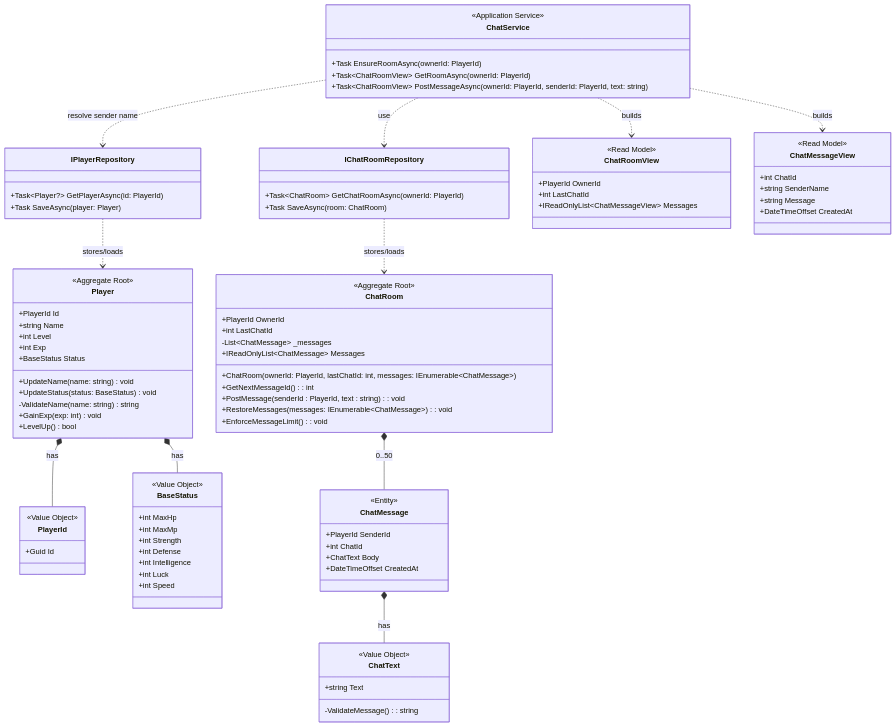
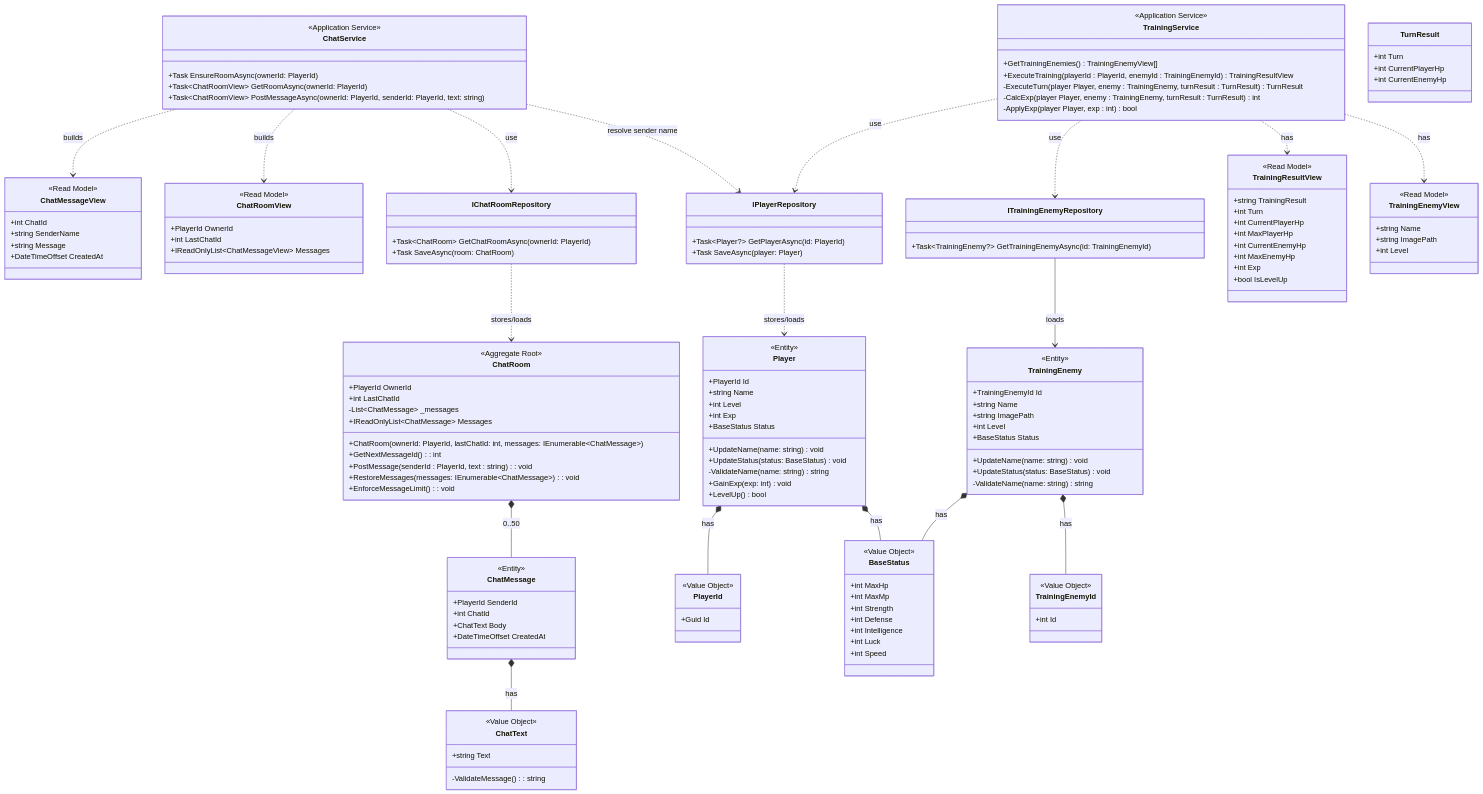
The diagram in docs/MMD01_ドメインモデル.mmd (ayumu203/nisekue), drawn with Mermaid before and after one commit. The commit also changed 1 other file, not shown here.

```diff
--- a/docs/MMD01_ドメインモデル.mmd
+++ b/docs/MMD01_ドメインモデル.mmd
@@ -1,104 +1,173 @@
 classDiagram
     %% Player の基本情報
     class Player {
-        <<Aggregate Root>>
+        <<Entity>>
         +PlayerId Id
         +string Name
         +int Level
         +int Exp
         +BaseStatus Status
         +UpdateName(name: string) void
         +UpdateStatus(status: BaseStatus) void
         -ValidateName(name: string) string 
         +GainExp(exp: int) void
         +LevelUp() bool
     }
 
     class PlayerId {
         <<Value Object>>
         +Guid Id
     }
 
     %% Player の基本ステータス
     class BaseStatus {
         <<Value Object>>
         +int MaxHp
         +int MaxMp
         +int Strength
         +int Defense
         +int Intelligence
         +int Luck
         +int Speed
     }
 
     class IPlayerRepository {
         +Task~Player?~ GetPlayerAsync(id: PlayerId)
         +Task SaveAsync(player: Player)
     }
     Player *-- PlayerId : has
     Player *-- BaseStatus : has
     IPlayerRepository ..> Player : stores/loads
+
 
     %% ルームチャット機能
     class ChatRoom {
         <<Aggregate Root>>
         +PlayerId OwnerId
         +int LastChatId
         -List~ChatMessage~ _messages
         +IReadOnlyList~ChatMessage~ Messages
         +ChatRoom(ownerId: PlayerId, lastChatId: int, messages: IEnumerable~ChatMessage~)
         +GetNextMessageId() : int
         +PostMessage(senderId : PlayerId, text : string) : void
         +RestoreMessages(messages: IEnumerable~ChatMessage~) : void
         +EnforceMessageLimit() : void
     }
     %% メッセージ管理の単位
     class ChatMessage {
         <<Entity>>
         +PlayerId SenderId
         +int ChatId
         +ChatText Body
         +DateTimeOffset CreatedAt
     }
     %% メッセージの文字列の値オブジェクト
     class ChatText {
         <<Value Object>>
         +string Text
         -ValidateMessage() : string
     }
 
     %% チャットルームとDBのつなぎ込み
     class IChatRoomRepository {
         +Task~ChatRoom~ GetChatRoomAsync(ownerId: PlayerId)
         +Task SaveAsync(room: ChatRoom)
     }
     %% フロントへ表示するチャットルームのデータ
     class ChatRoomView {
         <<Read Model>>
         +PlayerId OwnerId
         +int LastChatId
         +IReadOnlyList~ChatMessageView~ Messages
     }
     %% フロントへ表示するチャットデータ
     class ChatMessageView {
         <<Read Model>>
         +int ChatId
         +string SenderName
         +string Message
         +DateTimeOffset CreatedAt
     }
     %% フロントとデータのやり取りをするサービス
     class ChatService {
         <<Application Service>>
         +Task EnsureRoomAsync(ownerId: PlayerId)
         +Task~ChatRoomView~ GetRoomAsync(ownerId: PlayerId)
         +Task~ChatRoomView~ PostMessageAsync(ownerId: PlayerId, senderId: PlayerId, text: string)
     }
     
     ChatRoom *-- ChatMessage : 0..50
     ChatMessage *-- ChatText : has
     IChatRoomRepository ..> ChatRoom : stores/loads
+    ChatService ..> ChatMessageView : builds
+    ChatService ..> ChatRoomView : builds
     ChatService ..> IChatRoomRepository : use
     ChatService ..> IPlayerRepository : resolve sender name
-    ChatService ..> ChatMessageView : builds
-    ChatService ..> ChatRoomView : builds
+
+    %% トレーニングモード
+    %% 敵データ
+    class TrainingEnemy {
+        <<Entity>>
+        +TrainingEnemyId Id
+        +string Name
+        +string ImagePath
+        +int Level
+        +BaseStatus Status
+        +UpdateName(name: string) void
+        +UpdateStatus(status: BaseStatus) void
+        -ValidateName(name: string) string         
+    }
+    class TrainingEnemyId {
+        <<Value Object>>
+        +int Id
+    }
+
+    %% 敵データをCSVより取得する
+    %% ロード時にメモリキャッシュなので実質的なインメモリ実装
+    class ITrainingEnemyRepository {
+        +Task~TrainingEnemy?~ GetTrainingEnemyAsync(id: TrainingEnemyId)
+    }
+
+    %% トレーニングの処理を行うサービス
+    class TrainingService {
+        <<Application Service>>
+        +GetTrainingEnemies() TrainingEnemyView[]
+        +ExecuteTraining(playerId : PlayerId, enemyId : TrainingEnemyId) TrainingResultView
+        %% それぞれのHPを返す
+        -ExecuteTurn(player Player, enemy : TrainingEnemy, turnResult : TurnResult) TurnResult        
+        -CalcExp(player Player, enemy : TrainingEnemy, turnResult : TurnResult) int
+        %% レベルアップしたらtrueを返す
+        -ApplyExp(player Player, exp : int) bool
+    }
+    class TurnResult {
+        +int Turn
+        +int CurrentPlayerHp
+        +int CurrentEnemyHp
+    }
+    class TrainingEnemyView {
+        <<Read Model>>
+        +string Name
+        +string ImagePath
+        +int Level
+    }
+    class TrainingResultView {
+        <<Read Model>>
+        %% 勝ち・負け・引き分け
+        +string TrainingResult
+        +int Turn
+        +int CurrentPlayerHp
+        +int MaxPlayerHp
+        +int CurrentEnemyHp
+        +int MaxEnemyHp
+        +int Exp
+        +bool IsLevelUp
+    }
+
+
+    TrainingEnemy *-- BaseStatus : has
+    TrainingEnemy *-- TrainingEnemyId : has
+    ITrainingEnemyRepository --> TrainingEnemy : loads
+    TrainingService ..> IPlayerRepository : use
+    TrainingService ..> ITrainingEnemyRepository : use
+    TrainingService ..> TrainingResultView : has
+    TrainingService ..> TrainingEnemyView : has
```
